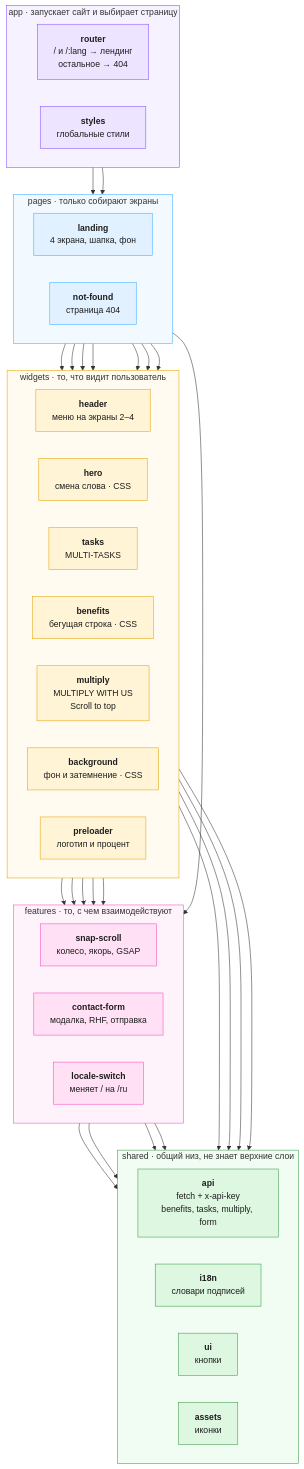
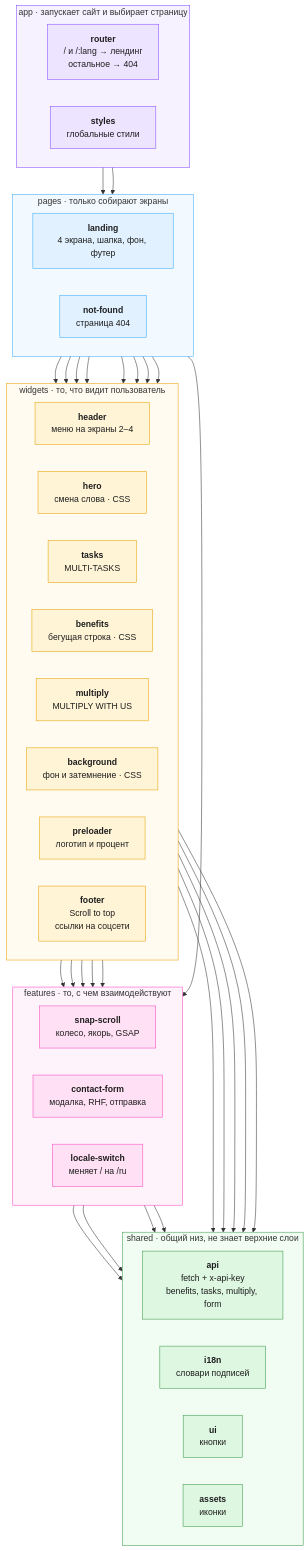
One commit to DimaManko/multicpa-landing changed the diagram in docs/architecture.md. Above: the diagram before and after it, drawn with Mermaid. The commit also changed other lines of this file, not shown here.

Commit message:
architecture footer add

````diff
--- a/docs/architecture.md
+++ b/docs/architecture.md
@@ -35,74 +39,76 @@
 ```mermaid
 flowchart TD
   subgraph appLayer ["app · запускает сайт и выбирает страницу"]
     direction LR
     router["<b>router</b><br/>/ и /:lang → лендинг<br/>остальное → 404"]
     styles["<b>styles</b><br/>глобальные стили"]
   end
 
   subgraph pagesLayer ["pages · только собирают экраны"]
     direction LR
-    landing["<b>landing</b><br/>4 экрана, шапка, фон"]
+    landing["<b>landing</b><br/>4 экрана, шапка, фон, футер"]
     notFound["<b>not-found</b><br/>страница 404"]
   end
 
   subgraph widgetsLayer ["widgets · то, что видит пользователь"]
     direction LR
     header["<b>header</b><br/>меню на экраны 2–4"]
     hero["<b>hero</b><br/>смена слова · CSS"]
     tasks["<b>tasks</b><br/>MULTI-TASKS"]
     benefits["<b>benefits</b><br/>бегущая строка · CSS"]
-    multiply["<b>multiply</b><br/>MULTIPLY WITH US<br/>Scroll to top"]
+    multiply["<b>multiply</b><br/>MULTIPLY WITH US"]
     background["<b>background</b><br/>фон и затемнение · CSS"]
     preloader["<b>preloader</b><br/>логотип и процент"]
+    footer["<b>footer</b><br/>Scroll to top<br/>ссылки на соцсети"]
   end
 
   subgraph featuresLayer ["features · то, с чем взаимодействуют"]
     direction LR
     snap["<b>snap-scroll</b><br/>колесо, якорь, GSAP"]
     form["<b>contact-form</b><br/>модалка, RHF, отправка"]
     locale["<b>locale-switch</b><br/>меняет / на /ru"]
   end
 
   subgraph sharedLayer ["shared · общий низ, не знает верхние слои"]
     direction LR
     api["<b>api</b><br/>fetch + x-api-key<br/>benefits, tasks, multiply, form"]
     i18n["<b>i18n</b><br/>словари подписей"]
     ui["<b>ui</b><br/>кнопки"]
     assets["<b>assets</b><br/>иконки"]
   end
 
   router --> landing
   router --> notFound
-  landing --> header & hero & tasks & benefits & multiply & background & preloader
+  landing --> header & hero & tasks & benefits & multiply & background & preloader & footer
   landing --> snap
   header --> snap
   header --> locale
   hero --> form
   multiply --> form
-  multiply --> snap
+  footer --> snap
+  footer --> assets
   tasks & benefits & multiply --> api
   form --> api
   form --> i18n
   locale --> i18n
   form --> ui
   header --> assets
 
   classDef appNode fill:#EDE4FF,stroke:#874FFF,color:#1E1E1E
   classDef pageNode fill:#E1F1FF,stroke:#3DADFF,color:#1E1E1E
   classDef widgetNode fill:#FFF4D6,stroke:#E8A302,color:#1E1E1E
   classDef featureNode fill:#FFE0F4,stroke:#F849C1,color:#1E1E1E
   classDef sharedNode fill:#DDF7E1,stroke:#3E9B4B,color:#1E1E1E
 
   class router,styles appNode
   class landing,notFound pageNode
-  class header,hero,tasks,benefits,multiply,background,preloader widgetNode
+  class header,hero,tasks,benefits,multiply,background,preloader,footer widgetNode
   class snap,form,locale featureNode
   class api,i18n,ui,assets sharedNode
 
   style appLayer fill:#F7F2FF,stroke:#874FFF
   style pagesLayer fill:#F2F9FF,stroke:#3DADFF
   style widgetsLayer fill:#FFFBF0,stroke:#E8A302
   style featuresLayer fill:#FFF3FB,stroke:#F849C1
   style sharedLayer fill:#F1FCF3,stroke:#3E9B4B
 ```
````
